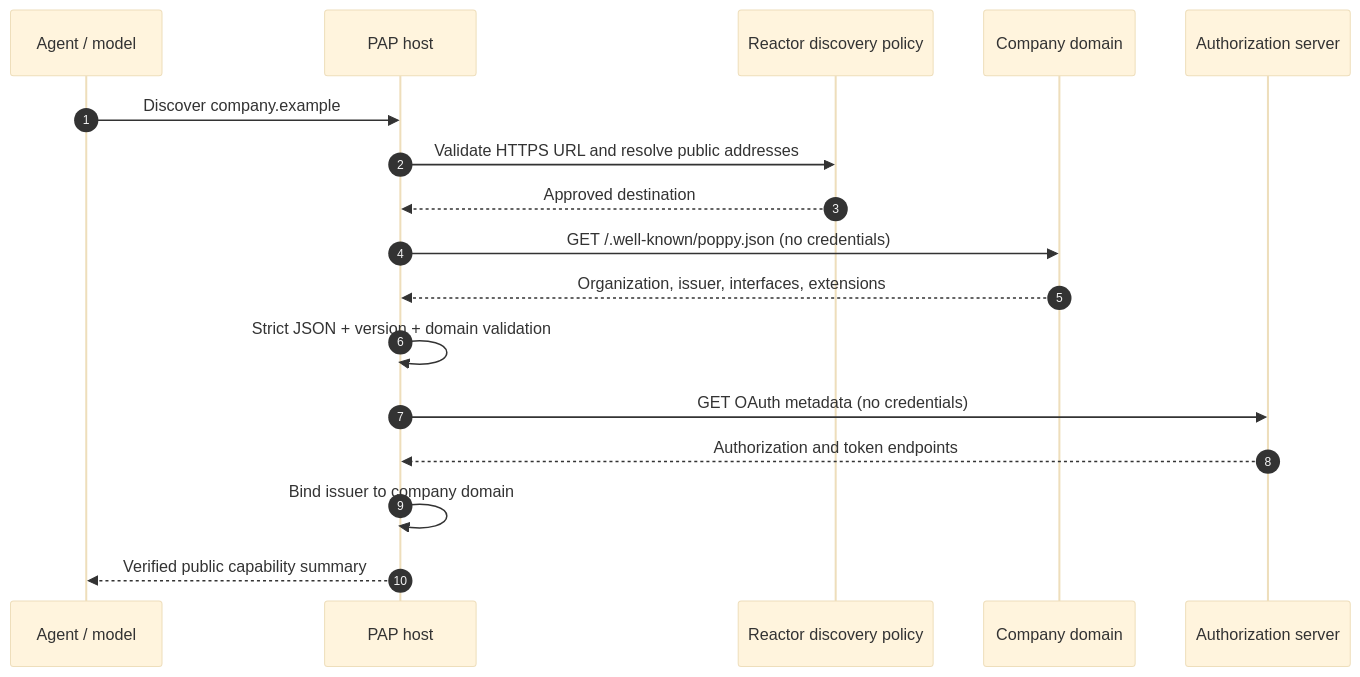
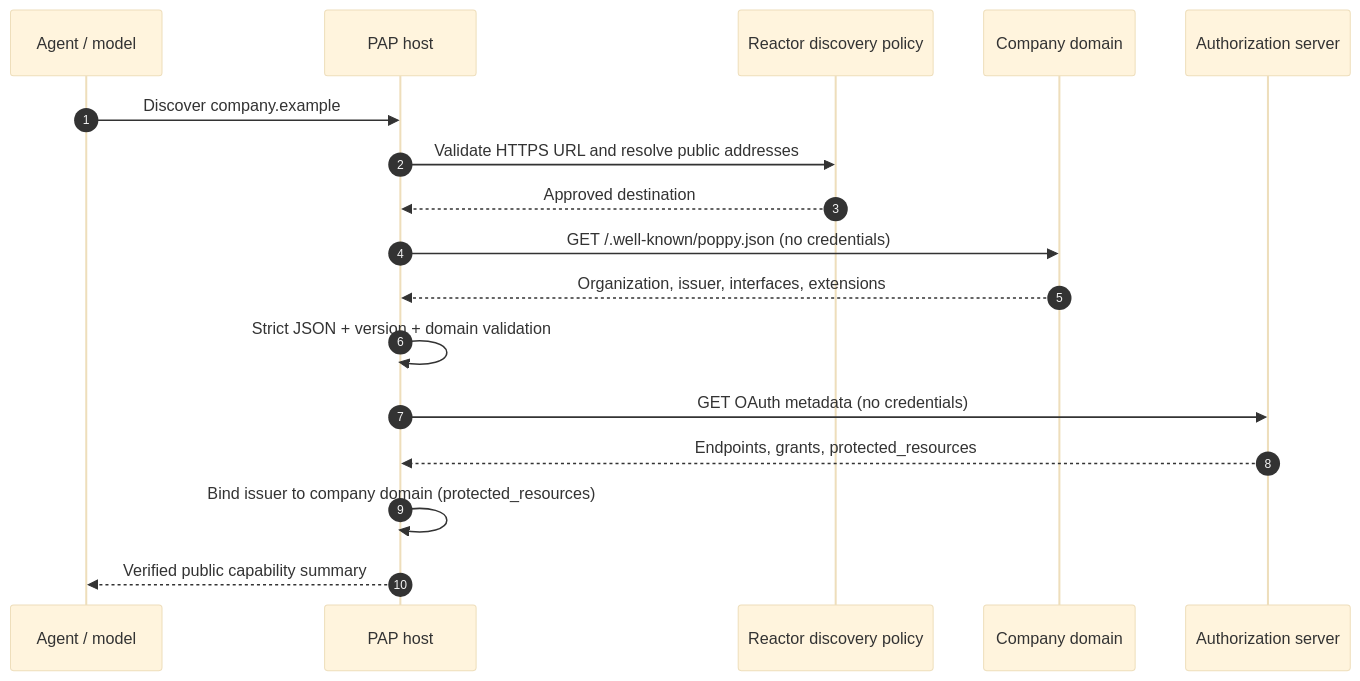
The diagram in docs/docs/examples/company-discovery.mdx (datalayer/personal-agent-protocol), drawn with Mermaid (base theme) before and after one commit. The commit also changed other lines of this file and 95 other files, not shown here.

````diff
--- a/docs/docs/examples/company-discovery.mdx
+++ b/docs/docs/examples/company-discovery.mdx
@@ -18,19 +18,19 @@
 ```mermaid
 sequenceDiagram
   autonumber
   participant M as Agent / model
   participant H as PAP host
   participant R as Reactor discovery policy
   participant C as Company domain
   participant A as Authorization server
   M->>H: Discover company.example
   H->>R: Validate HTTPS URL and resolve public addresses
   R-->>H: Approved destination
   H->>C: GET /.well-known/poppy.json (no credentials)
   C-->>H: Organization, issuer, interfaces, extensions
   H->>H: Strict JSON + version + domain validation
   H->>A: GET OAuth metadata (no credentials)
-  A-->>H: Authorization and token endpoints
-  H->>H: Bind issuer to company domain
+  A-->>H: Endpoints, grants, protected_resources
+  H->>H: Bind issuer to company domain (protected_resources)
   H-->>M: Verified public capability summary
 ```
````
